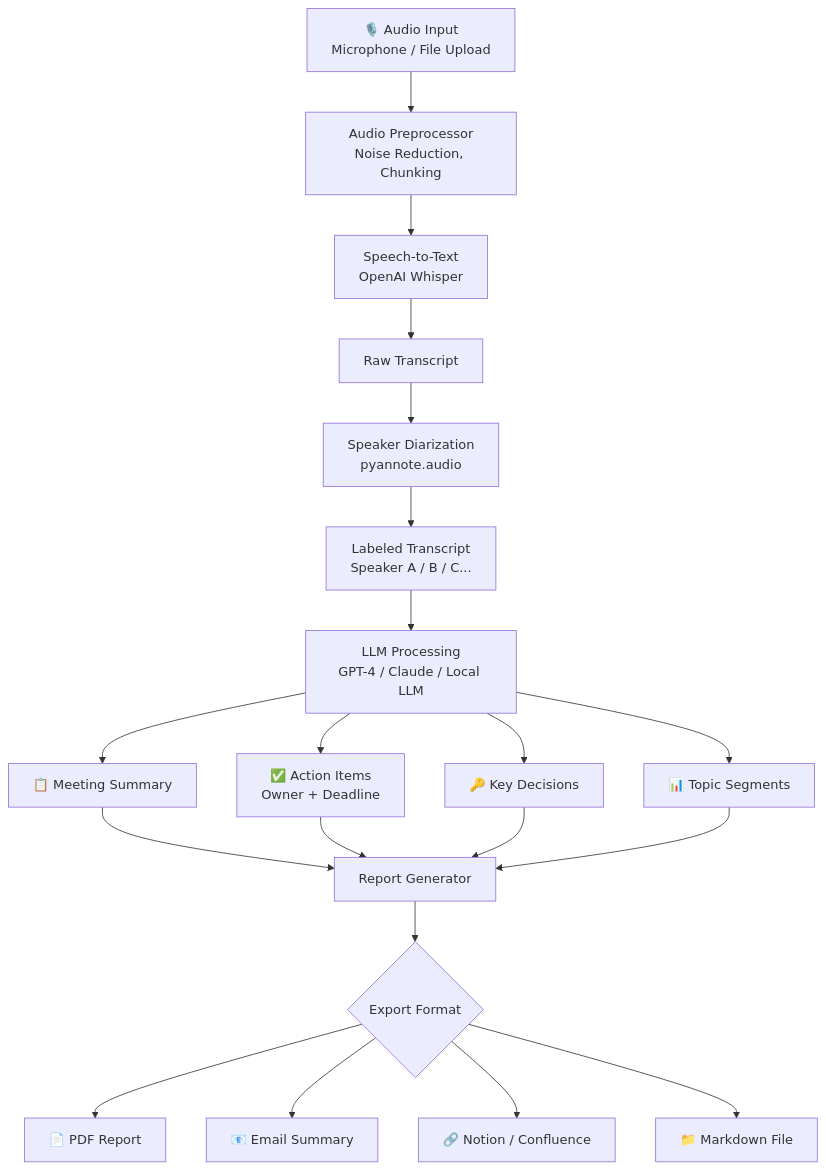
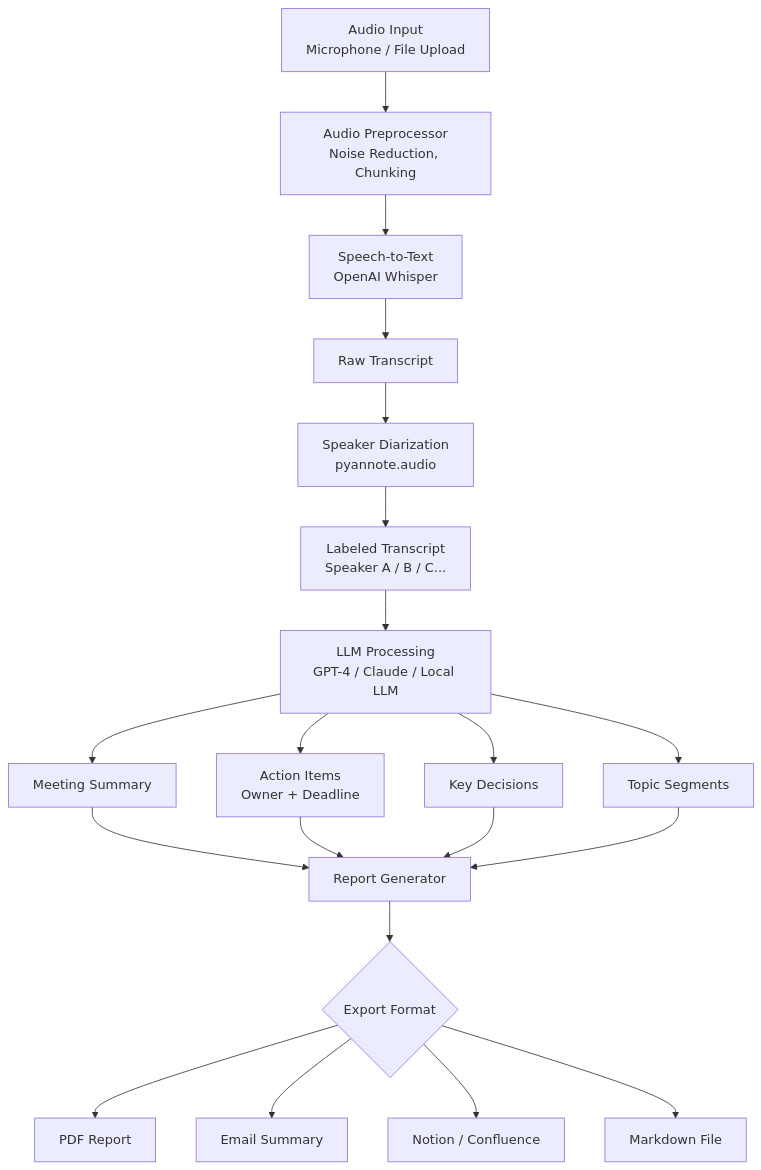
Before and after one commit to jadfarhat-cell/meetingmind: the diagram in README.md, drawn with Mermaid. The commit also changed other lines of this file, not shown here.

Commit message:
Remove all emojis from README

````diff
--- a/README.md
+++ b/README.md
@@ -7,26 +7,26 @@
 ```mermaid
 flowchart TD
-    A[🎙️ Audio Input\nMicrophone / File Upload] --> B[Audio Preprocessor\nNoise Reduction, Chunking]
-    B --> C[Speech-to-Text\nOpenAI Whisper]
-    C --> D[Raw Transcript]
-    
-    D --> E[Speaker Diarization\npyannote.audio]
-    E --> F[Labeled Transcript\nSpeaker A / B / C...]
-    
-    F --> G[LLM Processing\nGPT-4 / Claude / Local LLM]
-    G --> H1[📋 Meeting Summary]
-    G --> H2[✅ Action Items\nOwner + Deadline]
-    G --> H3[🔑 Key Decisions]
-    G --> H4[📊 Topic Segments]
+ A[ Audio Input\nMicrophone / File Upload] --> B[Audio Preprocessor\nNoise Reduction, Chunking]
+ B --> C[Speech-to-Text\nOpenAI Whisper]
+ C --> D[Raw Transcript]
+ 
+ D --> E[Speaker Diarization\npyannote.audio]
+ E --> F[Labeled Transcript\nSpeaker A / B / C...]
+ 
+ F --> G[LLM Processing\nGPT-4 / Claude / Local LLM]
+ G --> H1[ Meeting Summary]
+ G --> H2[ Action Items\nOwner + Deadline]
+ G --> H3[ Key Decisions]
+ G --> H4[ Topic Segments]
 
-    H1 --> I[Report Generator]
-    H2 --> I
-    H3 --> I
-    H4 --> I
-    
-    I --> J{Export Format}
-    J --> K[📄 PDF Report]
-    J --> L[📧 Email Summary]
-    J --> M[🔗 Notion / Confluence]
-    J --> N[📁 Markdown File]
+ H1 --> I[Report Generator]
+ H2 --> I
+ H3 --> I
+ H4 --> I
+ 
+ I --> J{Export Format}
+ J --> K[ PDF Report]
+ J --> L[ Email Summary]
+ J --> M[ Notion / Confluence]
+ J --> N[ Markdown File]
 ```
````
